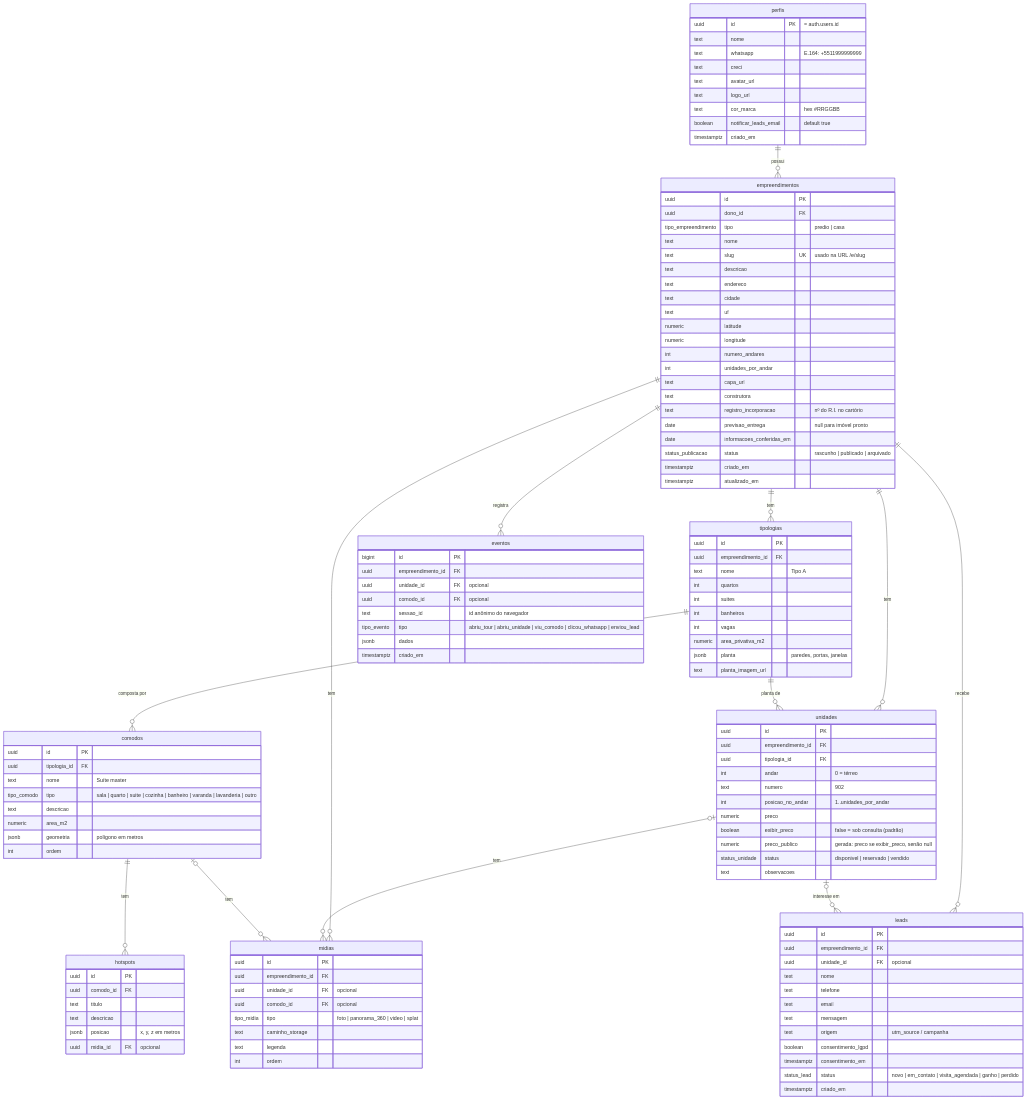
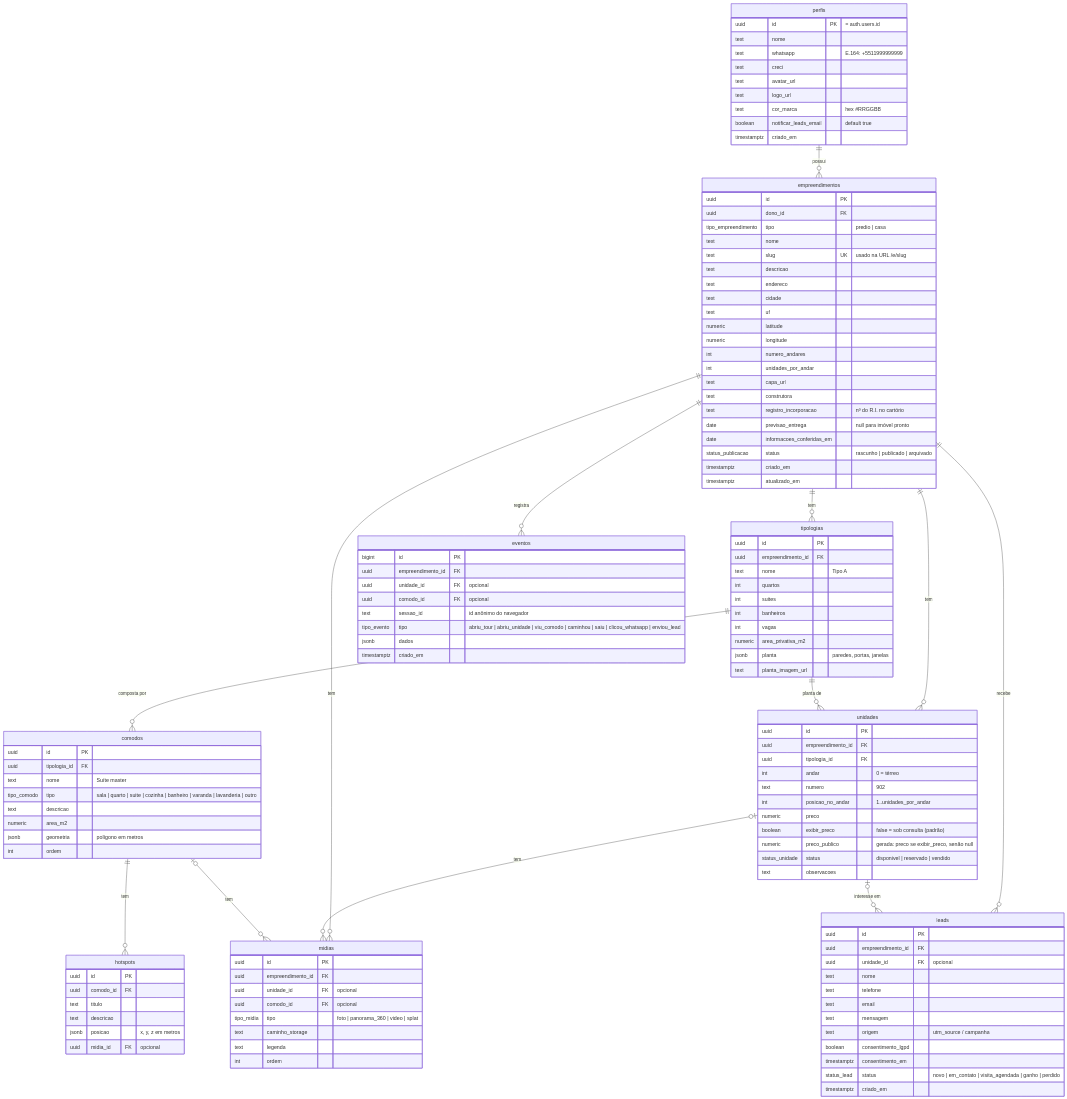
One commit to DiegoCarvalho-dev/vitrine3d changed the diagram in docs/03-modelagem-de-dados.md. Above: the diagram before and after it, drawn with Mermaid. The commit also changed other lines of this file and 17 other files, not shown here.

```diff
--- a/docs/03-modelagem-de-dados.md
+++ b/docs/03-modelagem-de-dados.md
@@ -145,7 +145,7 @@
     uuid unidade_id FK "opcional"
     uuid comodo_id FK "opcional"
     text sessao_id "id anônimo do navegador"
-    tipo_evento tipo "abriu_tour | abriu_unidade | viu_comodo | clicou_whatsapp | enviou_lead"
+    tipo_evento tipo "abriu_tour | abriu_unidade | viu_comodo | caminhou | saiu | clicou_whatsapp | enviou_lead"
     jsonb dados
     timestamptz criado_em
   }
```
